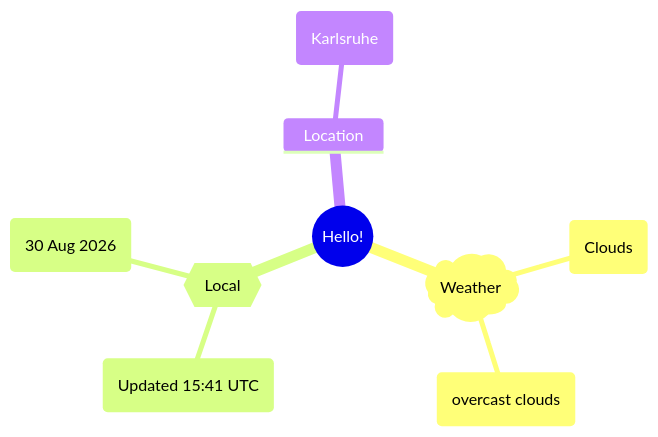
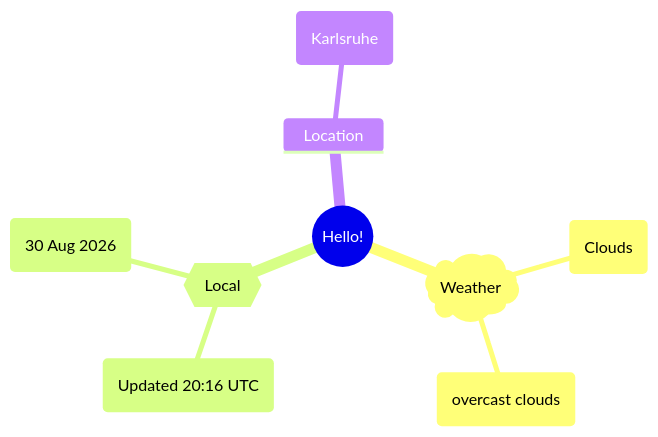
Before and after one commit to Xosrov/Xosrov: the first of 2 diagrams in README.md, drawn with Mermaid.

Commit message:
[bot] updated images

````diff
--- a/README.md
+++ b/README.md
@@ -3,12 +3,12 @@
 ```mermaid
 mindmap
   root((Hello!))
     )Weather(
         (Clouds)
         (overcast clouds)
     {{Local}}
-        (Updated 15:41 UTC)
+        (Updated 20:16 UTC)
         (30 Aug 2026)
     Location
         (Karlsruhe)
 ```
````
